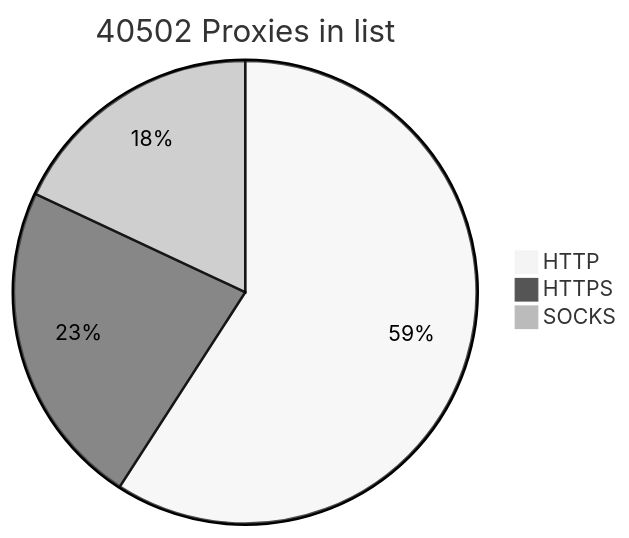
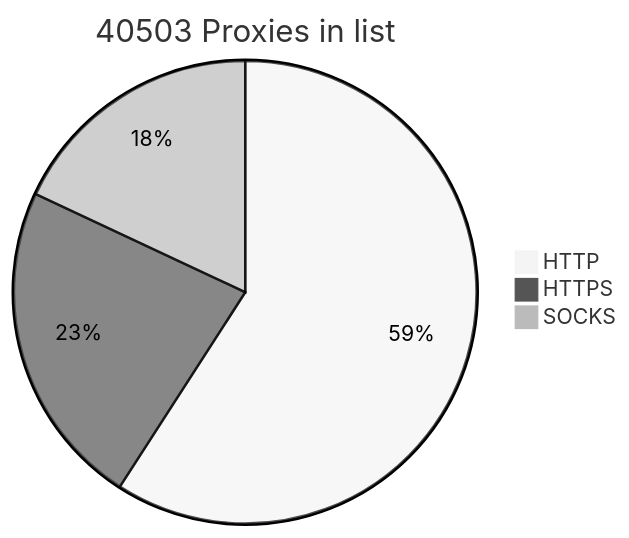
Before and after one commit to BlackSnowDot/proxylist-update-every-minute: the diagram in README.md, drawn with Mermaid (neutral theme).

````diff
--- a/README.md
+++ b/README.md
@@ -2,6 +2,6 @@
 ```mermaid
-pie title 40502 Proxies in list
+pie title 40503 Proxies in list
     "HTTP" : 28211
-    "HTTPS": 10904
-    "SOCKS" : 8602
+    "HTTPS": 10905
+    "SOCKS" : 8603
 ```
````
